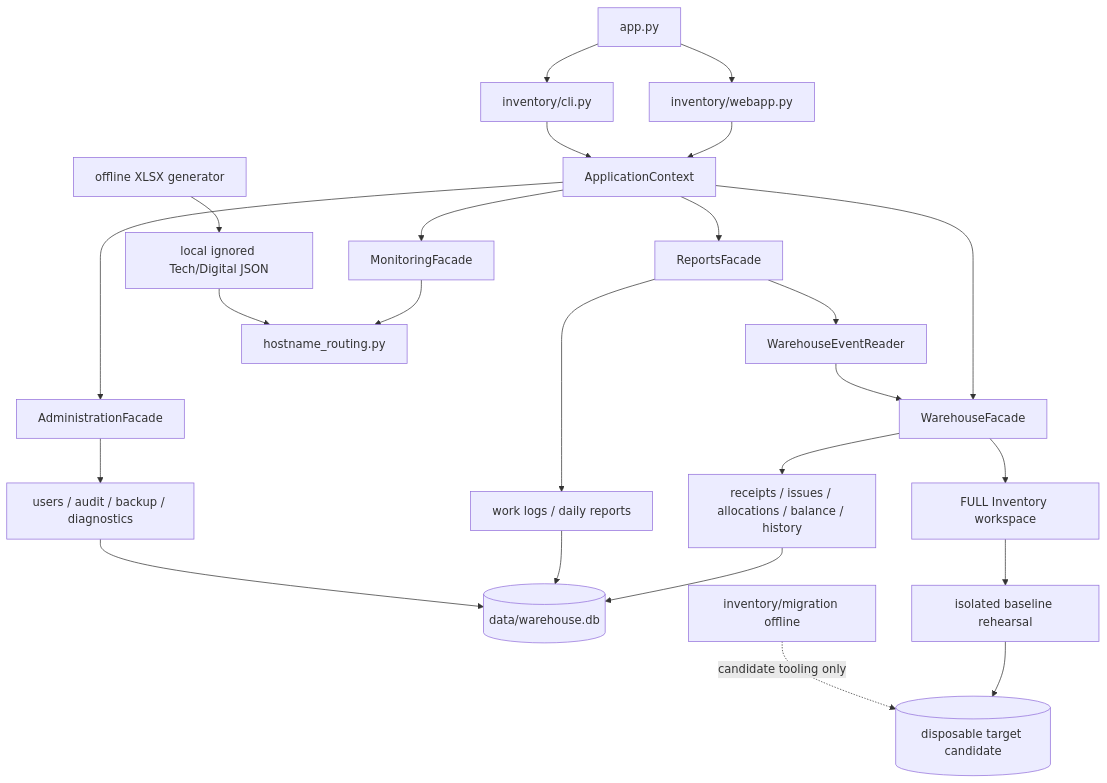
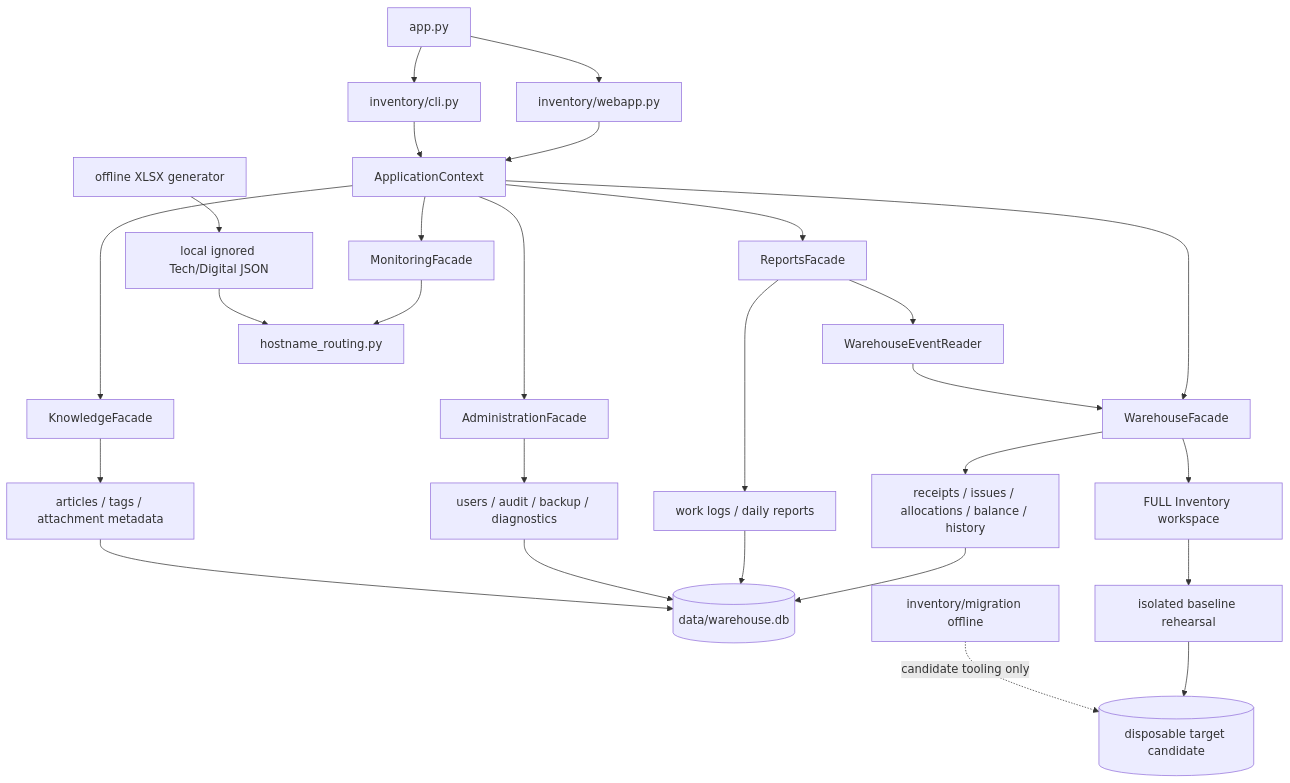
Before and after one commit to lokolis28282/prak_mai: the diagram in docs/CODEBASE_GRAPH.md, drawn with Mermaid. The commit also changed other lines of this file and 36 other files, not shown here.

````diff
--- a/docs/CODEBASE_GRAPH.md
+++ b/docs/CODEBASE_GRAPH.md
@@ -7,31 +13,34 @@
 ```mermaid
 flowchart TB
   App["app.py"] --> Web["inventory/webapp.py"]
   App --> CLI["inventory/cli.py"]
   Web --> Context["ApplicationContext"]
   CLI --> Context
 
   Context --> Warehouse["WarehouseFacade"]
   Context --> Reports["ReportsFacade"]
   Context --> Monitoring["MonitoringFacade"]
+  Context --> Knowledge["KnowledgeFacade"]
   Context --> Admin["AdministrationFacade"]
 
   Warehouse --> Stock["receipts / issues / allocations / balance / history"]
   Stock --> DB[("data/warehouse.db")]
   Reports --> Events["WarehouseEventReader"]
   Events --> Warehouse
   Reports --> ReportTables["work logs / daily reports"]
   ReportTables --> DB
   Admin --> Security["users / audit / backup / diagnostics"]
   Security --> DB
+  Knowledge --> KnowledgeTables["articles / tags / attachment metadata"]
+  KnowledgeTables --> DB
 
   Monitoring --> Routing["hostname_routing.py"]
   Rules["local ignored Tech/Digital JSON"] --> Routing
   Generator["offline XLSX generator"] --> Rules
 
   Warehouse --> FullInventory["FULL Inventory workspace"]
   FullInventory --> Rehearsal["isolated baseline rehearsal"]
   Rehearsal --> Candidate[("disposable target candidate")]
 
   Migration["inventory/migration offline"] -. "candidate tooling only" .-> Candidate
 ```
````
